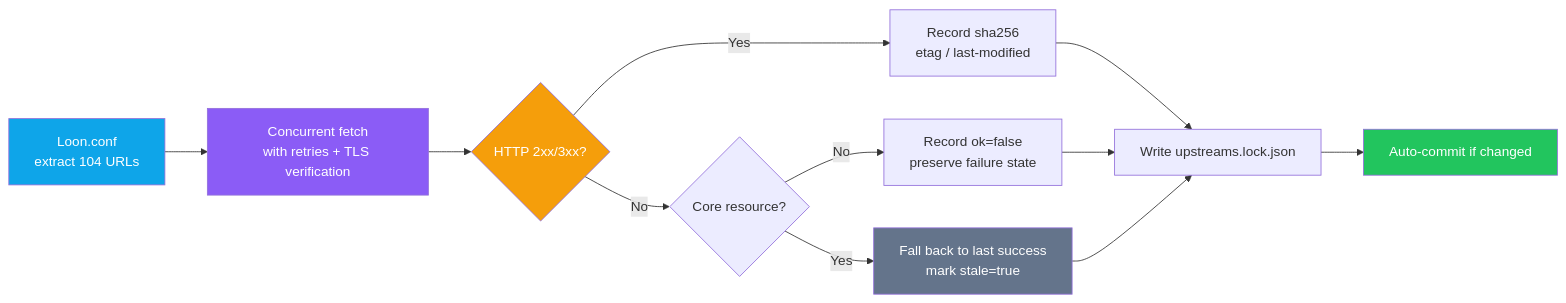
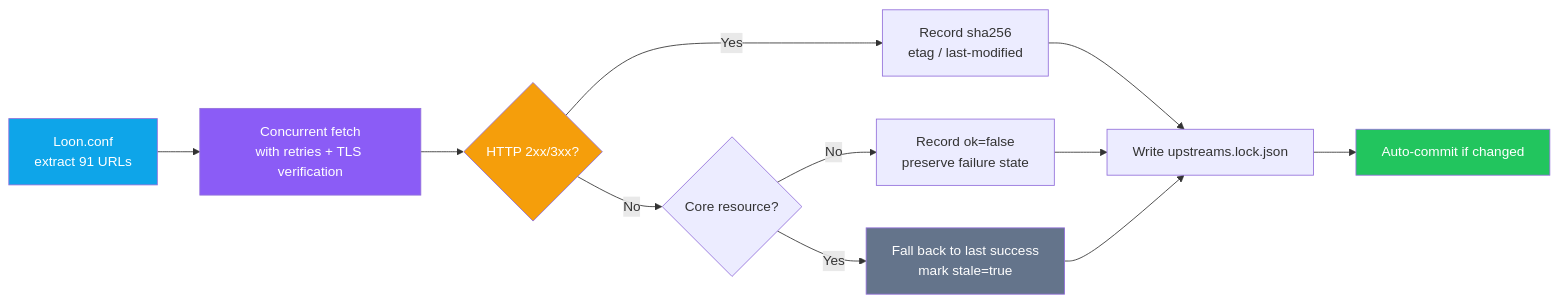
One commit to abobb414/loon-config changed the second of 2 diagrams in README.en.md. Above: the diagram before and after it, drawn with Mermaid. The commit also changed other lines of this file and 5 other files, not shown here.

````diff
--- a/README.en.md
+++ b/README.en.md
@@ -154,19 +158,19 @@
 ```mermaid
 flowchart LR
-    A["Loon.conf<br/>extract 104 URLs"] --> B["Concurrent fetch<br/>with retries + TLS verification"]
+    A["Loon.conf<br/>extract 91 URLs"] --> B["Concurrent fetch<br/>with retries + TLS verification"]
     B --> C{"HTTP 2xx/3xx?"}
     C -->|"Yes"| D["Record sha256<br/>etag / last-modified"]
     C -->|"No"| E{"Core resource?"}
     E -->|"No"| F["Record ok=false<br/>preserve failure state"]
     E -->|"Yes"| G["Fall back to last success<br/>mark stale=true"]
     D --> H["Write upstreams.lock.json"]
     F --> H
     G --> H
     H --> I["Auto-commit if changed"]
 
     style A fill:#0ea5e9,color:#fff
     style B fill:#8b5cf6,color:#fff
     style C fill:#f59e0b,color:#fff
     style G fill:#64748b,color:#fff
     style I fill:#22c55e,color:#fff
 ```
````
